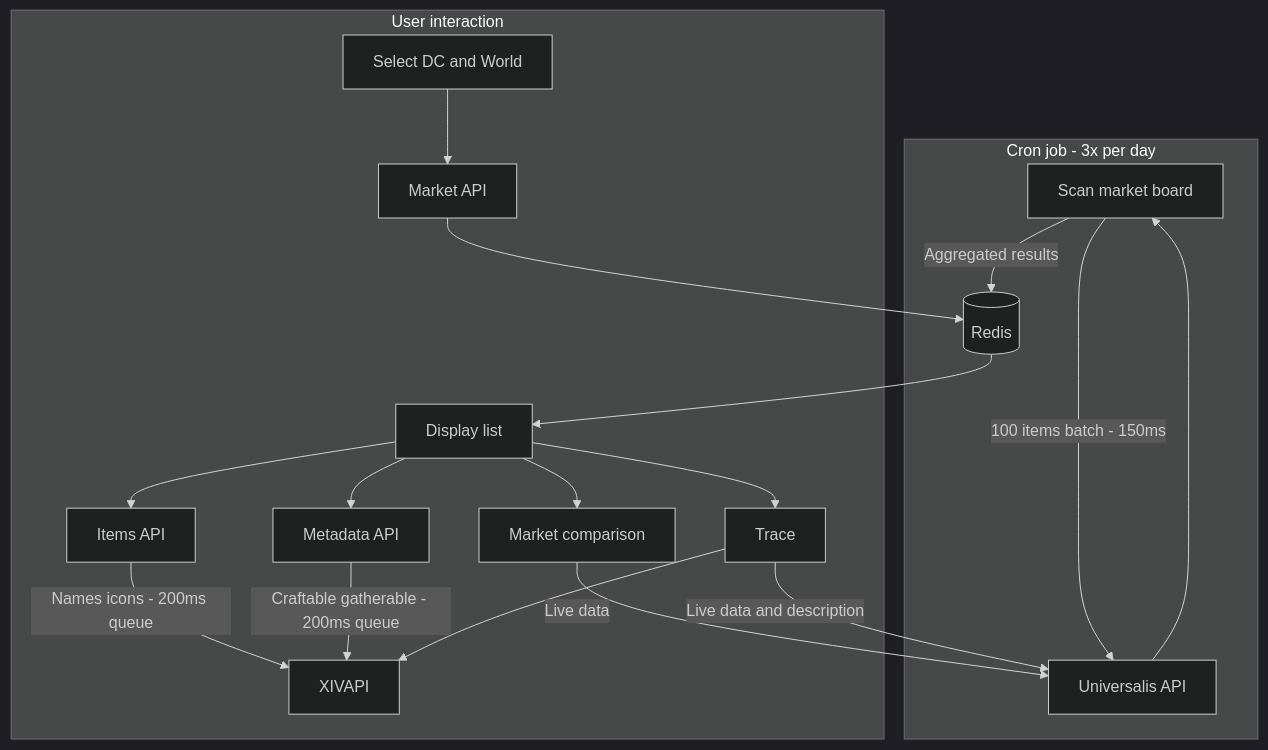
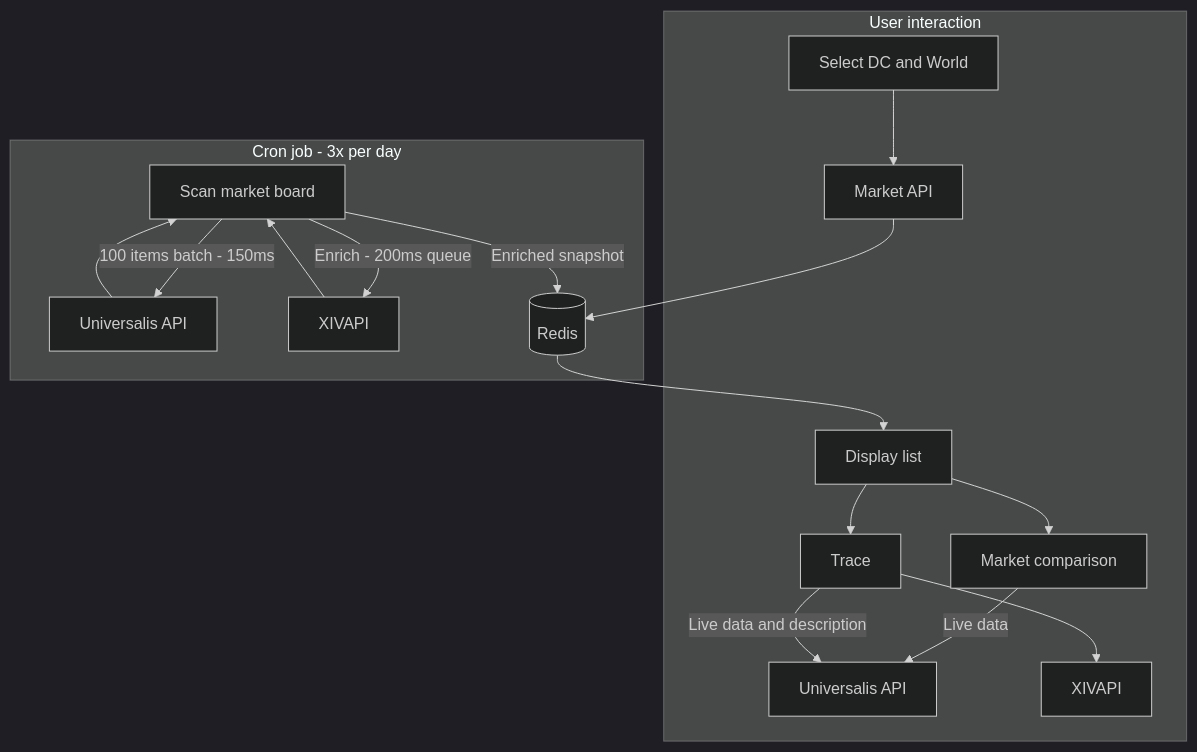
One commit to MRK4/profitxiv changed the diagram in README.md. Above: the diagram before and after it, drawn with Mermaid (dark theme). The commit also changed other lines of this file and 5 other files, not shown here.

Commit message:
Now adding items data during the universalis scan

````diff
--- a/README.md
+++ b/README.md
@@ -28,32 +28,29 @@
 ```mermaid
 flowchart TB
   subgraph cronjob [Cron job - 3x per day]
     Cron[Scan market board]
     Cron -->|100 items batch - 150ms| Univ[Universalis API]
     Univ --> Cron
-    Cron -->|Aggregated results| Redis[(Redis)]
+    Cron -->|Enrich - 200ms queue| XIV1[XIVAPI]
+    XIV1 --> Cron
+    Cron -->|Enriched snapshot| Redis[(Redis)]
   end
 
   subgraph userflow [User interaction]
     U1[Select DC and World]
     U2[Market API]
     U3[Display list]
-    U4[Items API]
-    U5[Metadata API]
     U6[Market comparison]
     U7[Trace]
-    XIV[XIVAPI]
+    Univ2[Universalis API]
+    XIV2[XIVAPI]
     U1 --> U2
     U2 --> Redis
     Redis --> U3
-    U3 --> U4
-    U3 --> U5
-    U4 -->|Names icons - 200ms queue| XIV
-    U5 -->|Craftable gatherable - 200ms queue| XIV
     U3 --> U6
     U3 --> U7
-    U6 -->|Live data| Univ
-    U7 -->|Live data and description| Univ
-    U7 --> XIV
+    U6 -->|Live data| Univ2
+    U7 -->|Live data and description| Univ2
+    U7 --> XIV2
   end
 ```
````
